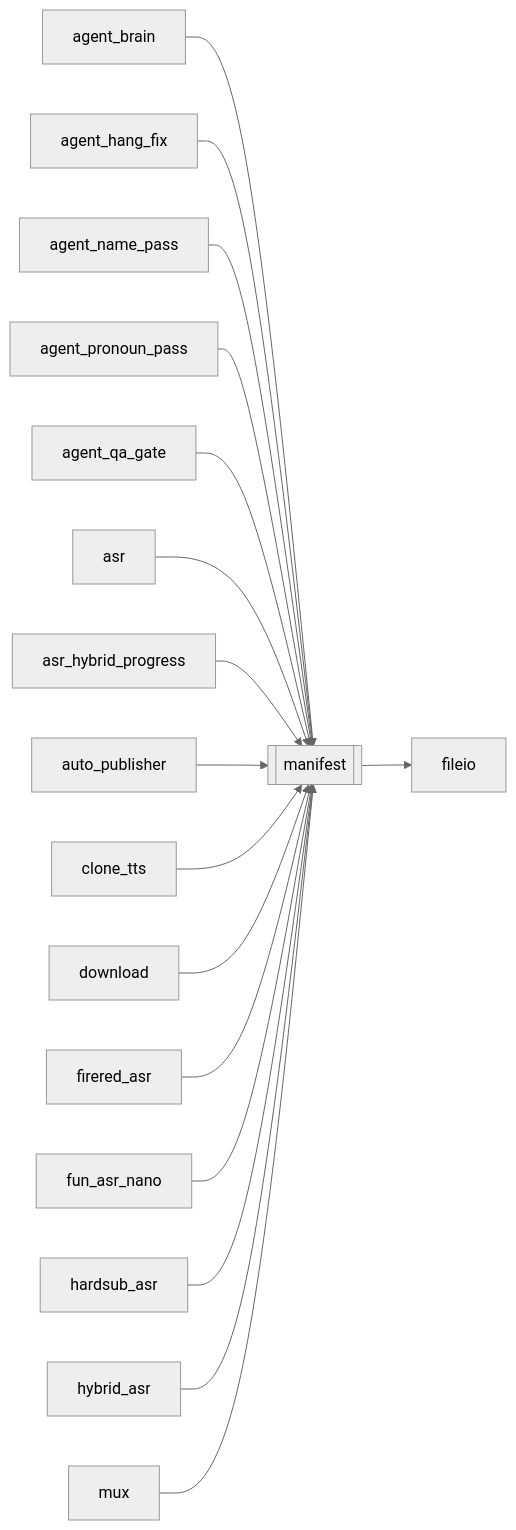
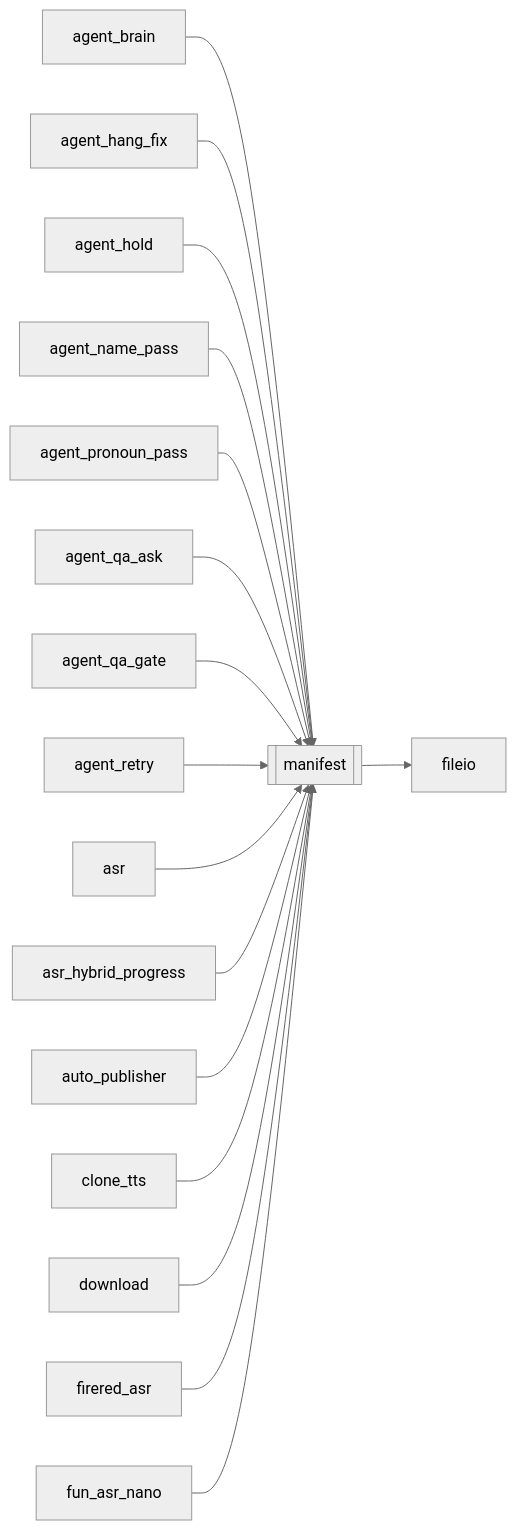
One commit to kjza178/PineLineV4 changed the diagram in docs/brain/modules/manifest.md. Above: the diagram before and after it, drawn with Mermaid (neutral theme). The commit also changed other lines of this file and 200 other files, not shown here.

````diff
--- a/docs/brain/modules/manifest.md
+++ b/docs/brain/modules/manifest.md
@@ -17,20 +17,20 @@
 ```mermaid
 flowchart LR
   manifest[[manifest]]
   agent_brain[agent_brain] --> manifest
   agent_hang_fix[agent_hang_fix] --> manifest
+  agent_hold[agent_hold] --> manifest
   agent_name_pass[agent_name_pass] --> manifest
   agent_pronoun_pass[agent_pronoun_pass] --> manifest
+  agent_qa_ask[agent_qa_ask] --> manifest
   agent_qa_gate[agent_qa_gate] --> manifest
+  agent_retry[agent_retry] --> manifest
   asr[asr] --> manifest
   asr_hybrid_progress[asr_hybrid_progress] --> manifest
   auto_publisher[auto_publisher] --> manifest
   clone_tts[clone_tts] --> manifest
   download[download] --> manifest
   firered_asr[firered_asr] --> manifest
   fun_asr_nano[fun_asr_nano] --> manifest
-  hardsub_asr[hardsub_asr] --> manifest
-  hybrid_asr[hybrid_asr] --> manifest
-  mux[mux] --> manifest
   manifest --> fileio[fileio]
 ```
````
